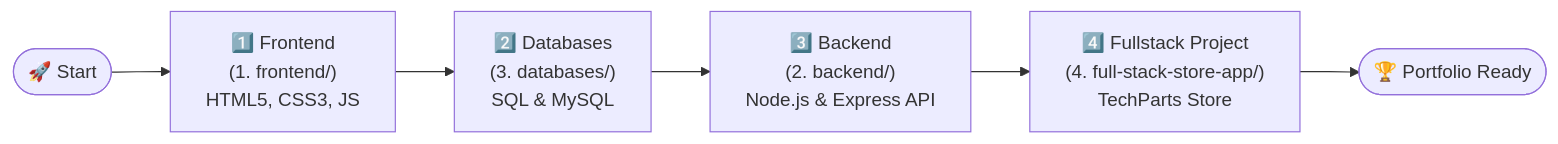
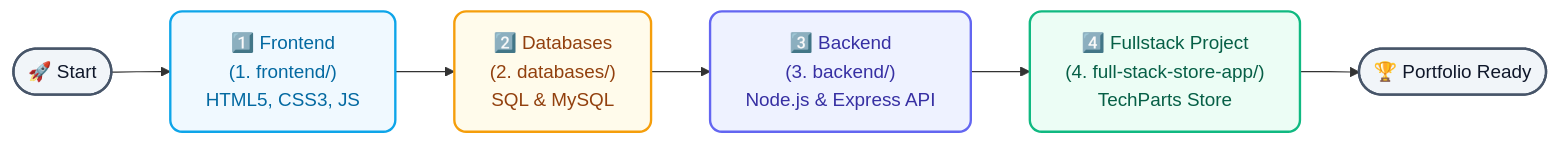
One commit to mrsky1001/fullstack-web-development-course changed the second of 2 diagrams in README.md. Above: the diagram before and after it, drawn with Mermaid. The commit also changed other lines of this file and 4 other files, not shown here.

Commit message:
refactor: swap order of database and backend modules in curriculum documentation and roadmap

````diff
--- a/README.md
+++ b/README.md
@@ -205,9 +253,25 @@
 ```mermaid
 flowchart LR
     Start(["🚀 Start"]) --> F["1️⃣ Frontend<br/>(1. frontend/)<br/>HTML5, CSS3, JS"]
-    F --> D["2️⃣ Databases<br/>(3. databases/)<br/>SQL & MySQL"]
-    D --> B["3️⃣ Backend<br/>(2. backend/)<br/>Node.js & Express API"]
+    F --> D["2️⃣ Databases<br/>(2. databases/)<br/>SQL & MySQL"]
+    D --> B["3️⃣ Backend<br/>(3. backend/)<br/>Node.js & Express API"]
     B --> App["4️⃣ Fullstack Project<br/>(4. full-stack-store-app/)<br/>TechParts Store"]
-    
     App --> Done(["🏆 Portfolio Ready"])
+
+    classDef startDone fill:#f1f5f9,stroke:#475569,stroke-width:2px,color:#0f172a,rx:20px,ry:20px;
+    classDef front fill:#f0f9ff,stroke:#0ea5e9,stroke-width:2px,color:#0369a1,rx:10px,ry:10px;
+    classDef db fill:#fffbeb,stroke:#f59e0b,stroke-width:2px,color:#92400e,rx:10px,ry:10px;
+    classDef back fill:#eef2ff,stroke:#6366f1,stroke-width:2px,color:#3730a3,rx:10px,ry:10px;
+    classDef app fill:#ecfdf5,stroke:#10b981,stroke-width:2px,color:#065f46,rx:10px,ry:10px;
+
+    class Start,Done startDone;
+    class F front;
+    class D db;
+    class B back;
+    class App app;
+
+    click F "./1.%20frontend/" "Go to Frontend"
+    click D "./2.%20databases/" "Go to Databases"
+    click B "./3.%20backend/" "Go to Backend"
+    click App "./4.%20full-stack-store-app/" "Go to Fullstack Store App"
 ```
````
